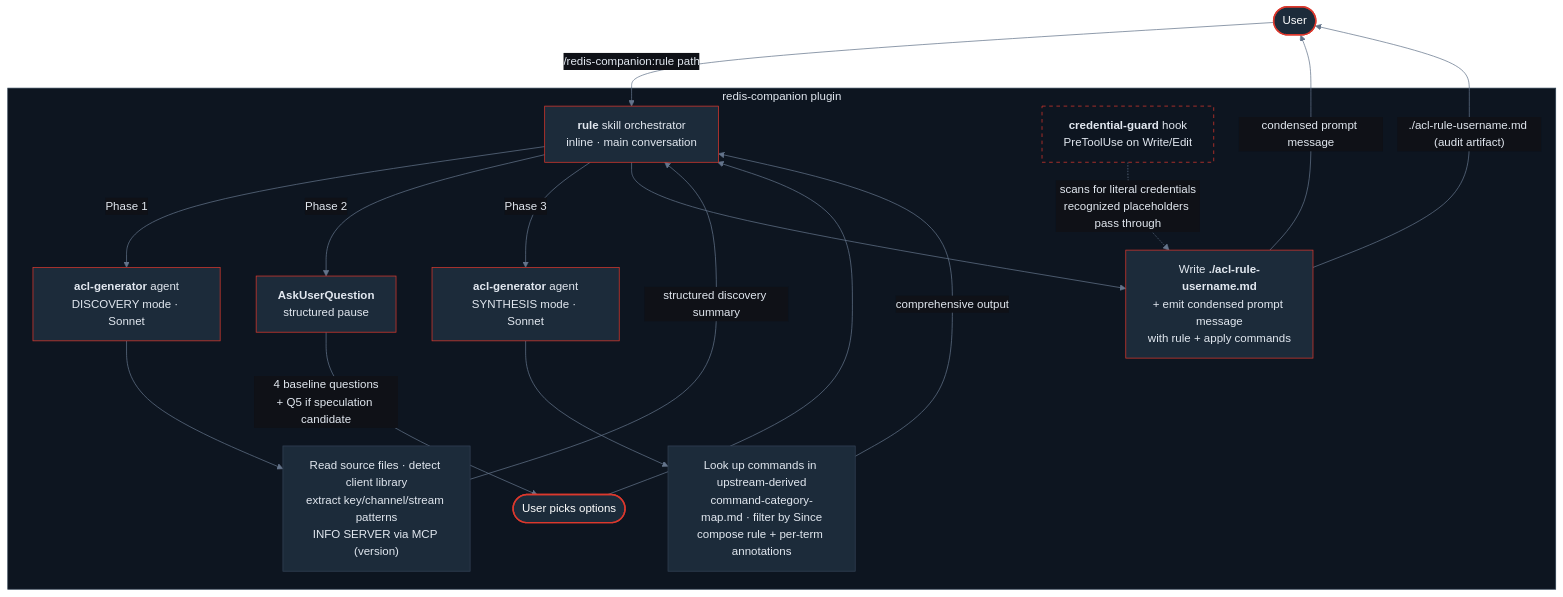
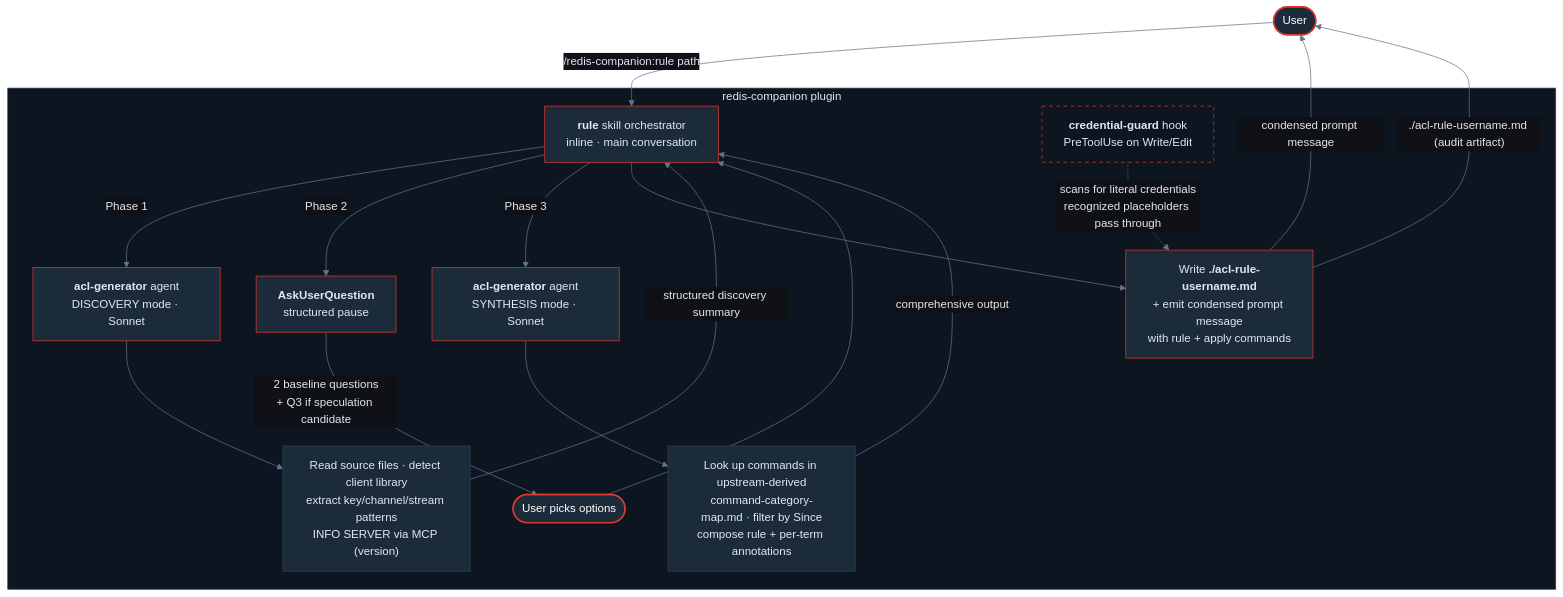
Before and after one commit to mjtrapani/redis-companion: the diagram in README.md, drawn with Mermaid. The commit also changed other lines of this file and 6 other files, not shown here.

First line of the commit message:
feat: v0.5.1 — drop Q3 (denies) and Q4 (granularity) from user-facing questions

````diff
--- a/README.md
+++ b/README.md
@@ -132,34 +132,34 @@
 ```mermaid
 %%{init: {'theme': 'base', 'themeVariables': {'background': '#0f1117', 'primaryColor': '#1c2b3a', 'primaryTextColor': '#e2e8f0', 'primaryBorderColor': '#334155', 'lineColor': '#64748b', 'secondaryColor': '#1c2b3a', 'tertiaryColor': '#0d1520', 'clusterBkg': '#0d1520', 'clusterBorder': '#2d3f50', 'titleColor': '#e2e8f0', 'edgeLabelBackground': '#0f1117'}}}%%
 flowchart TD
     classDef entry  fill:#1c2b3a,stroke:#DC382D,stroke-width:2px,color:#fff
     classDef red    fill:#1c2b3a,stroke:#DC382D,stroke-width:1px,color:#e2e8f0
     classDef node   fill:#1c2b3a,stroke:#334155,color:#e2e8f0
     classDef hook   fill:#0d1520,stroke:#DC382D,stroke-dasharray: 5 5,color:#e2e8f0
 
     U([User]):::entry -->|"/redis-companion:rule path"| S
 
     subgraph P["redis-companion plugin"]
         S["<b>rule</b> skill orchestrator<br>inline · main conversation"]:::red
 
         S -->|Phase 1| A1["<b>acl-generator</b> agent<br>DISCOVERY mode · Sonnet"]:::red
         A1 --> SCAN["Read source files · detect client library<br>extract key/channel/stream patterns<br>INFO SERVER via MCP (version)"]:::node
         SCAN -->|"structured discovery summary"| S
 
         S -->|Phase 2| ASK["<b>AskUserQuestion</b><br>structured pause"]:::red
-        ASK -->|"4 baseline questions<br>+ Q5 if speculation candidate"| USER([User picks options]):::entry
+        ASK -->|"2 baseline questions<br>+ Q3 if speculation candidate"| USER([User picks options]):::entry
         USER --> S
 
         S -->|Phase 3| A2["<b>acl-generator</b> agent<br>SYNTHESIS mode · Sonnet"]:::red
         A2 --> SYNTH["Look up commands in upstream-derived<br>command-category-map.md · filter by Since<br>compose rule + per-term annotations"]:::node
         SYNTH -->|"comprehensive output"| S
 
         S --> W["Write <b>./acl-rule-username.md</b><br>+ emit condensed prompt message<br>with rule + apply commands"]:::red
 
         H["<b>credential-guard</b> hook<br>PreToolUse on Write/Edit"]:::hook
         H -.->|"scans for literal credentials<br>recognized placeholders pass through"| W
     end
 
     W -->|"condensed prompt message"| U
     W -->|"./acl-rule-username.md (audit artifact)"| U
 ```
````
